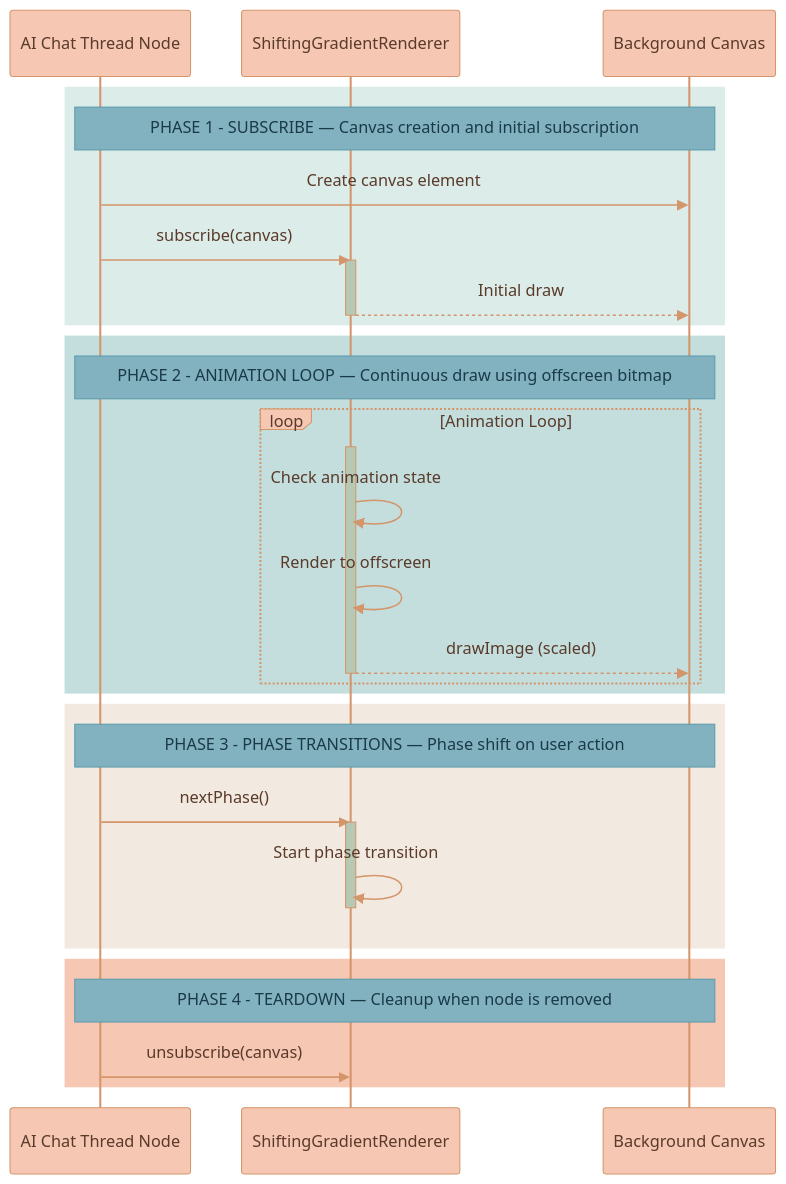
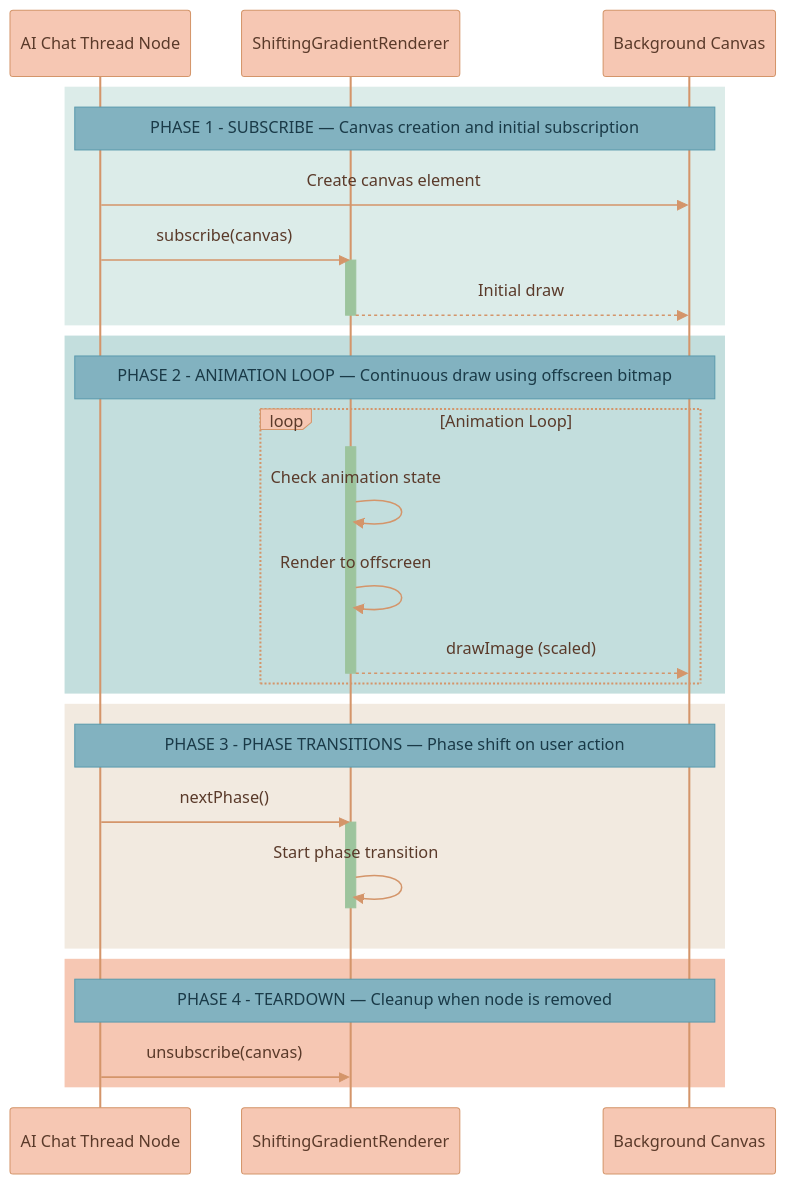
The fourth of 4 diagrams in documentation/features/SHIFTING-GRADIENT.md (Lixpi/lixpi), drawn with Mermaid before and after one commit. The commit also changed 5 other files, not shown here.

Commit message:
LIX-43 # change mermaid activation color

````diff
--- a/documentation/features/SHIFTING-GRADIENT.md
+++ b/documentation/features/SHIFTING-GRADIENT.md
@@ -266,52 +266,52 @@
 ```mermaid
-%%{init: {'theme': 'base', 'themeVariables': { 'noteBkgColor': '#82B2C0', 'noteTextColor': '#1a3a47', 'noteBorderColor': '#5a9aad', 'actorBkg': '#F6C7B3', 'actorBorder': '#d4956a', 'actorTextColor': '#5a3a2a', 'actorLineColor': '#d4956a', 'signalColor': '#d4956a', 'signalTextColor': '#5a3a2a', 'labelBoxBkgColor': '#F6C7B3', 'labelBoxBorderColor': '#d4956a', 'labelTextColor': '#5a3a2a', 'loopTextColor': '#5a3a2a', 'activationBorderColor': '#d4956a', 'activationBkgColor': '#B5C9B5', 'sequenceNumberColor': '#5a3a2a'}}}%%
+%%{init: {'theme': 'base', 'themeVariables': { 'noteBkgColor': '#82B2C0', 'noteTextColor': '#1a3a47', 'noteBorderColor': '#5a9aad', 'actorBkg': '#F6C7B3', 'actorBorder': '#d4956a', 'actorTextColor': '#5a3a2a', 'actorLineColor': '#d4956a', 'signalColor': '#d4956a', 'signalTextColor': '#5a3a2a', 'labelBoxBkgColor': '#F6C7B3', 'labelBoxBorderColor': '#d4956a', 'labelTextColor': '#5a3a2a', 'loopTextColor': '#5a3a2a', 'activationBorderColor': '#9DC49D', 'activationBkgColor': '#9DC49D', 'sequenceNumberColor': '#5a3a2a'}}}%%
 sequenceDiagram
     participant Node as AI Chat Thread Node
     participant Renderer as ShiftingGradientRenderer
     participant Canvas as Background Canvas
 
     %% ═══════════════════════════════════════════════════════════════
     %% PHASE 1: SUBSCRIBE
     %% ═══════════════════════════════════════════════════════════════
     rect rgb(220, 236, 233)
         Note over Node, Canvas: PHASE 1 - SUBSCRIBE — Canvas creation and initial subscription
         Node->>Canvas: Create canvas element
         Node->>Renderer: subscribe(canvas)
         activate Renderer
         Renderer-->>Canvas: Initial draw
         deactivate Renderer
     end
 
     %% ═══════════════════════════════════════════════════════════════
     %% PHASE 2: ANIMATION LOOP
     %% ═══════════════════════════════════════════════════════════════
     rect rgb(195, 222, 221)
         Note over Node, Canvas: PHASE 2 - ANIMATION LOOP — Continuous draw using offscreen bitmap
         loop Animation Loop
             activate Renderer
             Renderer->>Renderer: Check animation state
             Renderer->>Renderer: Render to offscreen
             Renderer-->>Canvas: drawImage (scaled)
             deactivate Renderer
         end
     end
 
     %% ═══════════════════════════════════════════════════════════════
     %% PHASE 3: PHASE TRANSITIONS
     %% ═══════════════════════════════════════════════════════════════
     rect rgb(242, 234, 224)
         Note over Node, Canvas: PHASE 3 - PHASE TRANSITIONS — Phase shift on user action
         Node->>Renderer: nextPhase()
         activate Renderer
         Renderer->>Renderer: Start phase transition
         deactivate Renderer
     end
 
     %% ═══════════════════════════════════════════════════════════════
     %% PHASE 4: TEARDOWN
     %% ═══════════════════════════════════════════════════════════════
     rect rgb(246, 199, 179)
         Note over Node, Canvas: PHASE 4 - TEARDOWN — Cleanup when node is removed
         Node->>Renderer: unsubscribe(canvas)
     end
 ```
````
